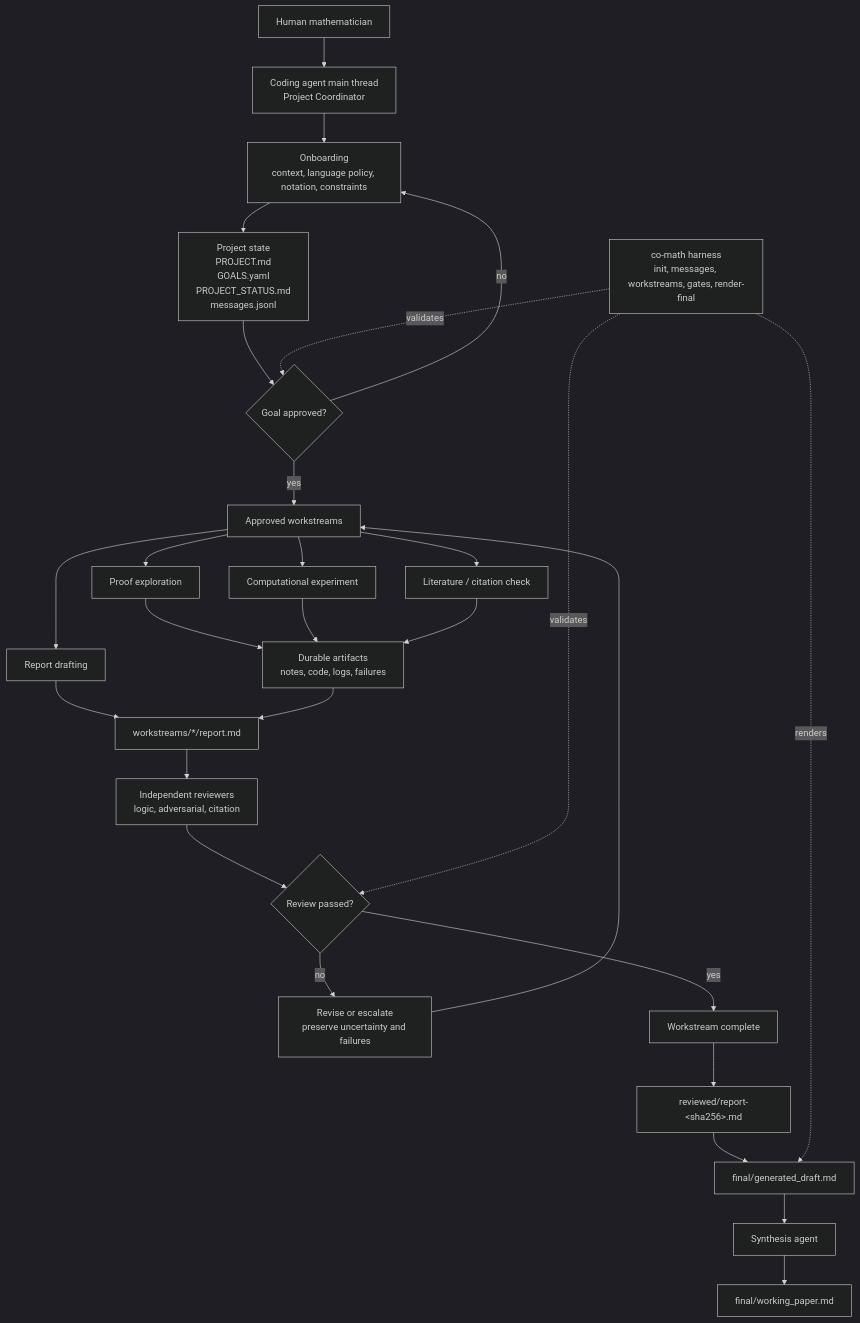
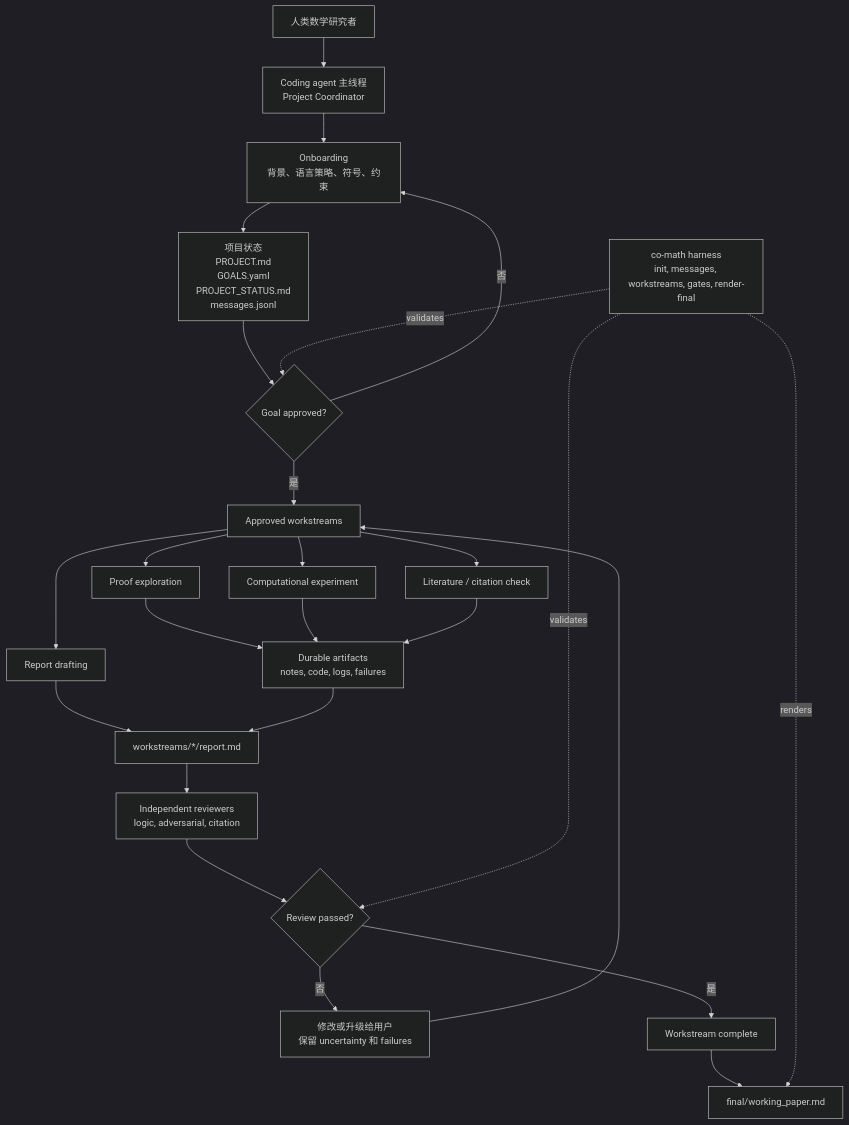
One commit to HiraethEcho/co-mathematician changed the diagram in README.md. Above: the diagram before and after it, drawn with Mermaid (dark theme). The commit also changed other lines of this file and 47 other files, not shown here.

````diff
--- a/README.md
+++ b/README.md
@@ -361,38 +293,35 @@
 ```mermaid
 flowchart TD
-    User["Human mathematician"] --> Coordinator["Coding agent main thread<br/>Project Coordinator"]
+    User["人类数学研究者"] --> Coordinator["Coding agent 主线程<br/>Project Coordinator"]
 
-    Coordinator --> Onboarding["Onboarding<br/>context, language policy, notation, constraints"]
-    Onboarding --> ProjectFiles["Project state<br/>PROJECT.md<br/>GOALS.yaml<br/>PROJECT_STATUS.md<br/>messages.jsonl"]
+    Coordinator --> Onboarding["Onboarding<br/>背景、语言策略、符号、约束"]
+    Onboarding --> ProjectFiles["项目状态<br/>PROJECT.md<br/>GOALS.yaml<br/>PROJECT_STATUS.md<br/>messages.jsonl"]
 
     ProjectFiles --> GoalGate{"Goal approved?"}
-    GoalGate -- "no" --> Onboarding
-    GoalGate -- "yes" --> Workstreams["Approved workstreams"]
+    GoalGate -- "否" --> Onboarding
+    GoalGate -- "是" --> Workstreams["Approved workstreams"]
 
     Workstreams --> Proof["Proof exploration"]
     Workstreams --> Compute["Computational experiment"]
     Workstreams --> Literature["Literature / citation check"]
     Workstreams --> ReportDraft["Report drafting"]
 
     Proof --> Artifacts["Durable artifacts<br/>notes, code, logs, failures"]
     Compute --> Artifacts
     Literature --> Artifacts
     ReportDraft --> Report["workstreams/*/report.md"]
     Artifacts --> Report
 
     Report --> Reviewers["Independent reviewers<br/>logic, adversarial, citation"]
     Reviewers --> ReviewGate{"Review passed?"}
-    ReviewGate -- "no" --> Revision["Revise or escalate<br/>preserve uncertainty and failures"]
+    ReviewGate -- "否" --> Revision["修改或升级给用户<br/>保留 uncertainty 和 failures"]
     Revision --> Workstreams
-    ReviewGate -- "yes" --> Complete["Workstream complete"]
+    ReviewGate -- "是" --> Complete["Workstream complete"]
 
-    Complete --> Snapshot["reviewed/report-&lt;sha256&gt;.md"]
-    Snapshot --> Generated["final/generated_draft.md"]
-    Generated --> Synthesis["Synthesis agent"]
-    Synthesis --> Final["final/working_paper.md"]
+    Complete --> Final["final/working_paper.md"]
 
     Harness["co-math harness<br/>init, messages, workstreams, gates, render-final"]
     Harness -. validates .-> GoalGate
     Harness -. validates .-> ReviewGate
-    Harness -. renders .-> Generated
+    Harness -. renders .-> Final
 ```
````
